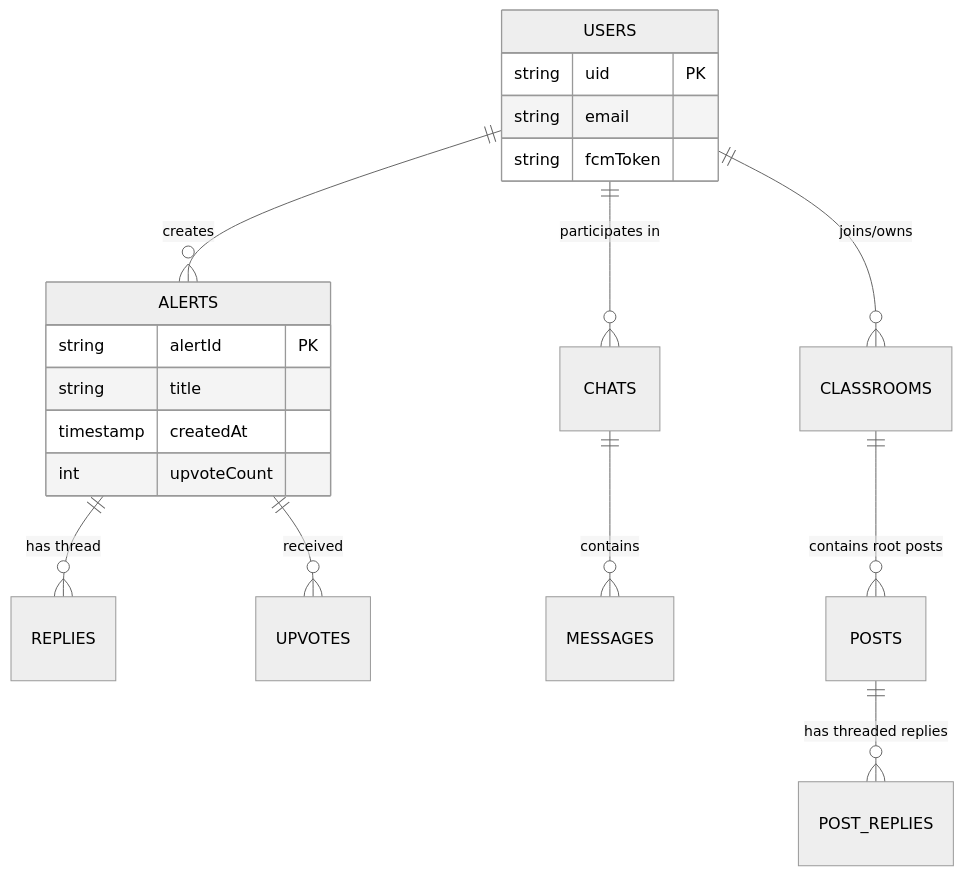
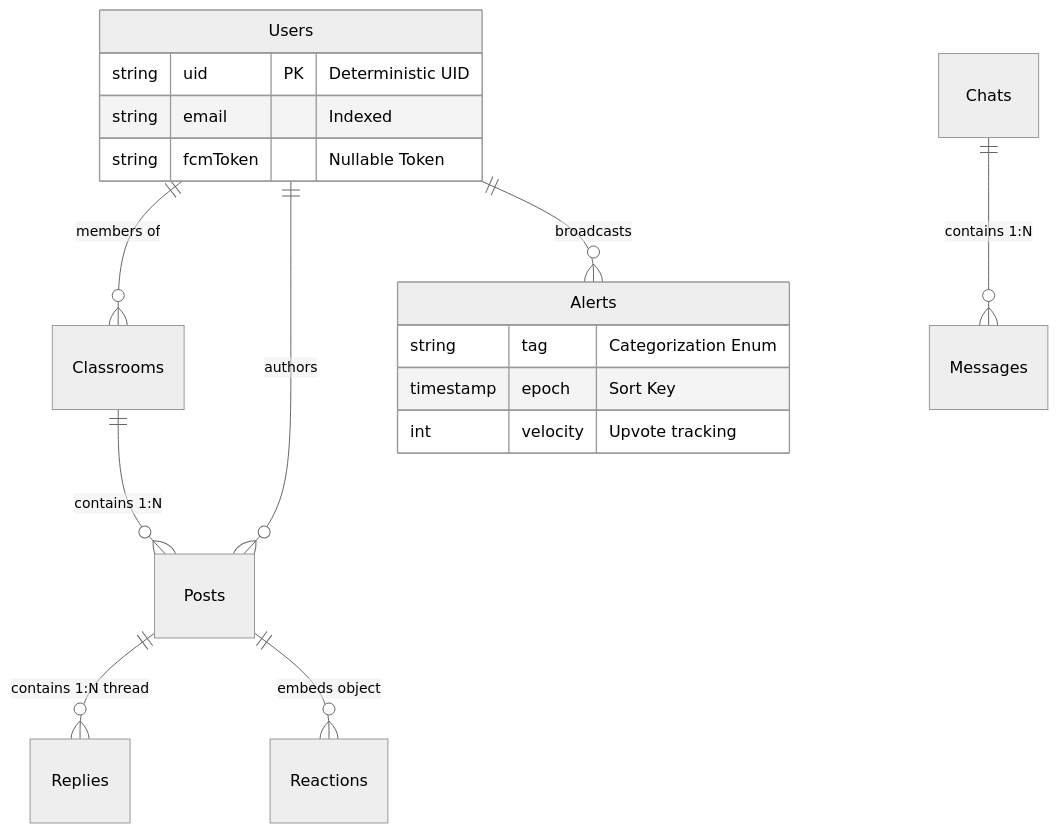
Before and after one commit to Bad087/CampusAlert101: the fourth of 6 diagrams in README.md, drawn with Mermaid (neutral theme). The commit also changed other lines of this file, not shown here.

````diff
--- a/README.md
+++ b/README.md
@@ -229,27 +172,24 @@
 ```mermaid
 erDiagram
-    USERS ||--o{ ALERTS : "creates"
-    USERS ||--o{ CHATS : "participates in"
-    USERS ||--o{ CLASSROOMS : "joins/owns"
+    Users ||--o{ Classrooms : "members of"
+    Users ||--o{ Posts : "authors"
+    Users ||--o{ Alerts : "broadcasts"
 
-    ALERTS ||--o{ REPLIES : "has thread"
-    ALERTS ||--o{ UPVOTES : "received"
+    Classrooms ||--o{ Posts : "contains 1:N"
+    Posts ||--o{ Replies : "contains 1:N thread"
+    Posts ||--o{ Reactions : "embeds object"
 
-    CHATS ||--o{ MESSAGES : "contains"
+    Chats ||--o{ Messages : "contains 1:N"
 
-    CLASSROOMS ||--o{ POSTS : "contains root posts"
-    POSTS ||--o{ POST_REPLIES : "has threaded replies"
-
-    USERS {
-        string uid PK
-        string email
-        string fcmToken
+    Users {
+        string uid PK "Deterministic UID"
+        string email "Indexed"
+        string fcmToken "Nullable Token"
     }
 
-    ALERTS {
-        string alertId PK
-        string title
-        timestamp createdAt
-        int upvoteCount
+    Alerts {
+        string tag "Categorization Enum"
+        timestamp epoch "Sort Key"
+        int velocity "Upvote tracking"
     }
 ```
````
